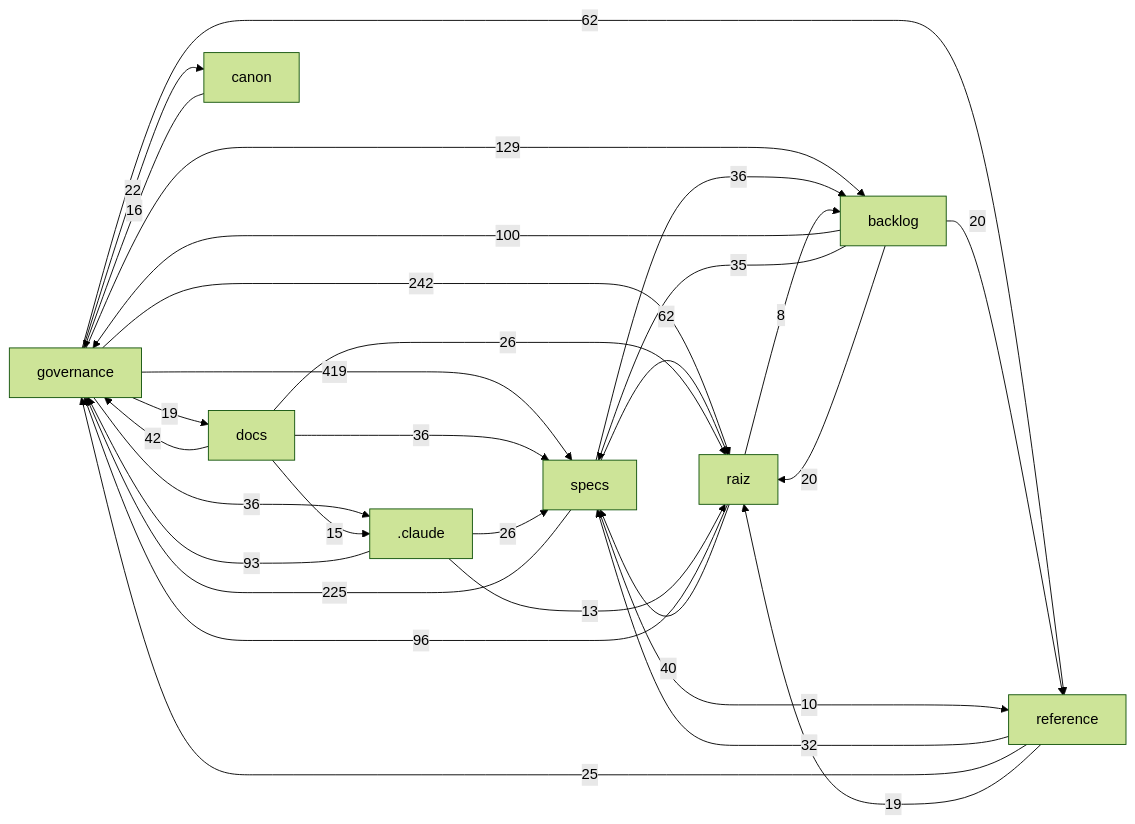
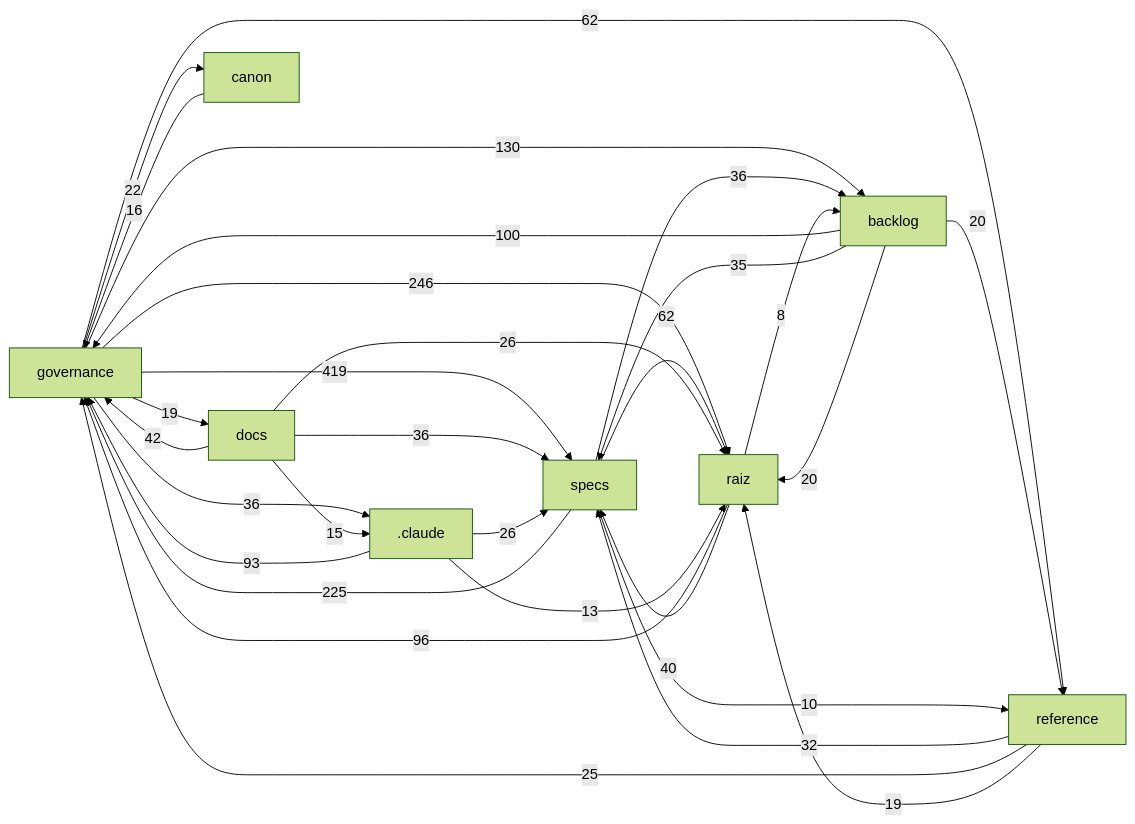
One commit to Andraus35/Sistema-Operacional-de-Trading--SOT changed the diagram in docs/mapa/MAPA-PROJETO.md. Above: the diagram before and after it, drawn with Mermaid (forest theme). The commit also changed other lines of this file and 3 other files, not shown here.

````diff
--- a/docs/mapa/MAPA-PROJETO.md
+++ b/docs/mapa/MAPA-PROJETO.md
@@ -29,32 +29,32 @@
 ```mermaid
 flowchart LR
   governance["governance"] -->|419| specs["specs"]
-  governance["governance"] -->|242| raiz["raiz"]
+  governance["governance"] -->|246| raiz["raiz"]
   specs["specs"] -->|225| governance["governance"]
-  governance["governance"] -->|129| backlog["backlog"]
+  governance["governance"] -->|130| backlog["backlog"]
   backlog["backlog"] -->|100| governance["governance"]
   raiz["raiz"] -->|96| governance["governance"]
   _claude[".claude"] -->|93| governance["governance"]
   governance["governance"] -->|62| reference["reference"]
   specs["specs"] -->|62| raiz["raiz"]
   docs["docs"] -->|42| governance["governance"]
   raiz["raiz"] -->|40| specs["specs"]
   docs["docs"] -->|36| specs["specs"]
   governance["governance"] -->|36| _claude[".claude"]
   specs["specs"] -->|36| backlog["backlog"]
   backlog["backlog"] -->|35| specs["specs"]
   reference["reference"] -->|32| specs["specs"]
   _claude[".claude"] -->|26| specs["specs"]
   docs["docs"] -->|26| raiz["raiz"]
   reference["reference"] -->|25| governance["governance"]
   governance["governance"] -->|22| canon["canon"]
   backlog["backlog"] -->|20| raiz["raiz"]
   backlog["backlog"] -->|20| reference["reference"]
   governance["governance"] -->|19| docs["docs"]
   reference["reference"] -->|19| raiz["raiz"]
   canon["canon"] -->|16| governance["governance"]
   docs["docs"] -->|15| _claude[".claude"]
   _claude[".claude"] -->|13| raiz["raiz"]
   specs["specs"] -->|10| reference["reference"]
   raiz["raiz"] -->|8| backlog["backlog"]
 ```
````
